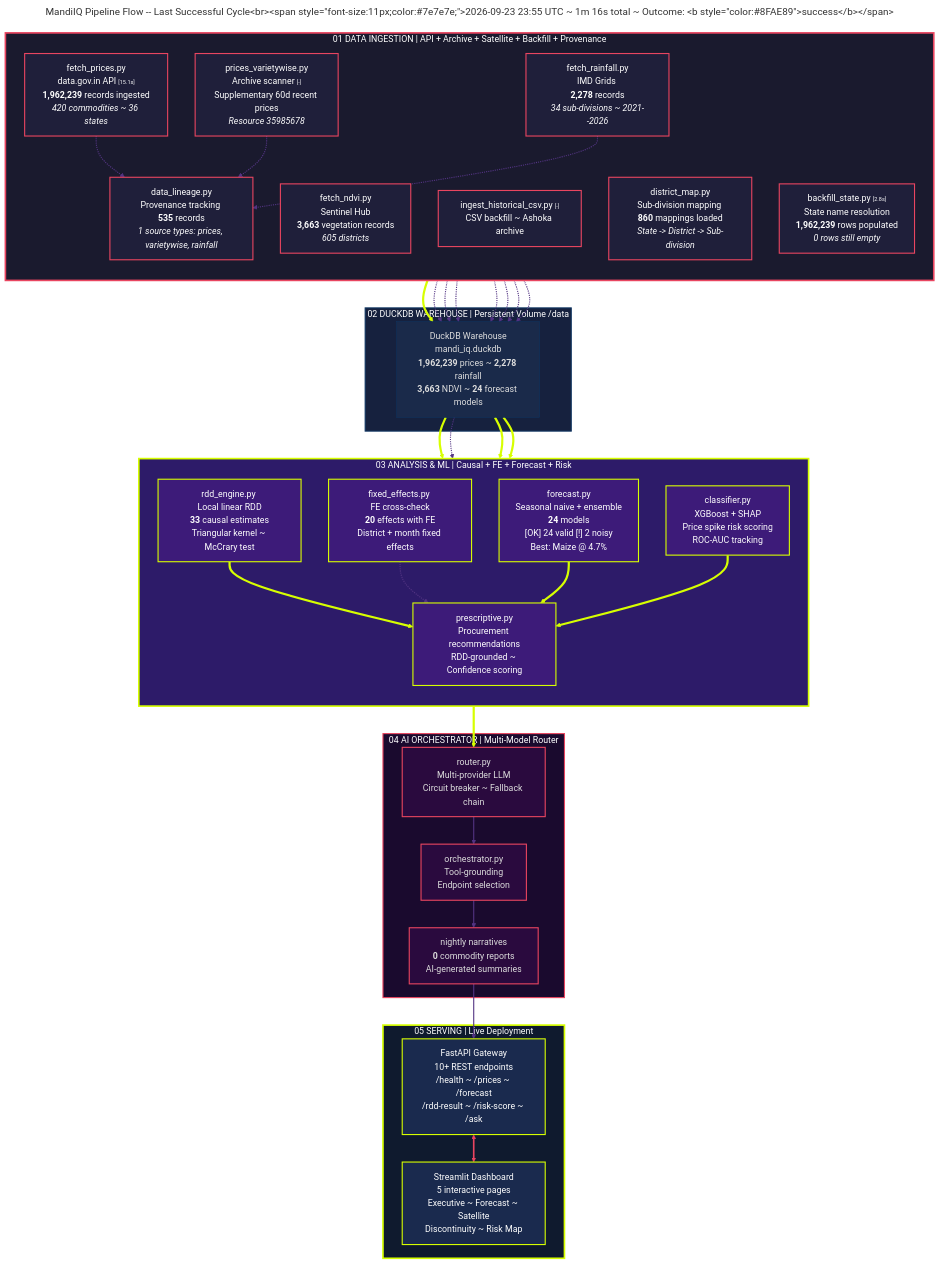
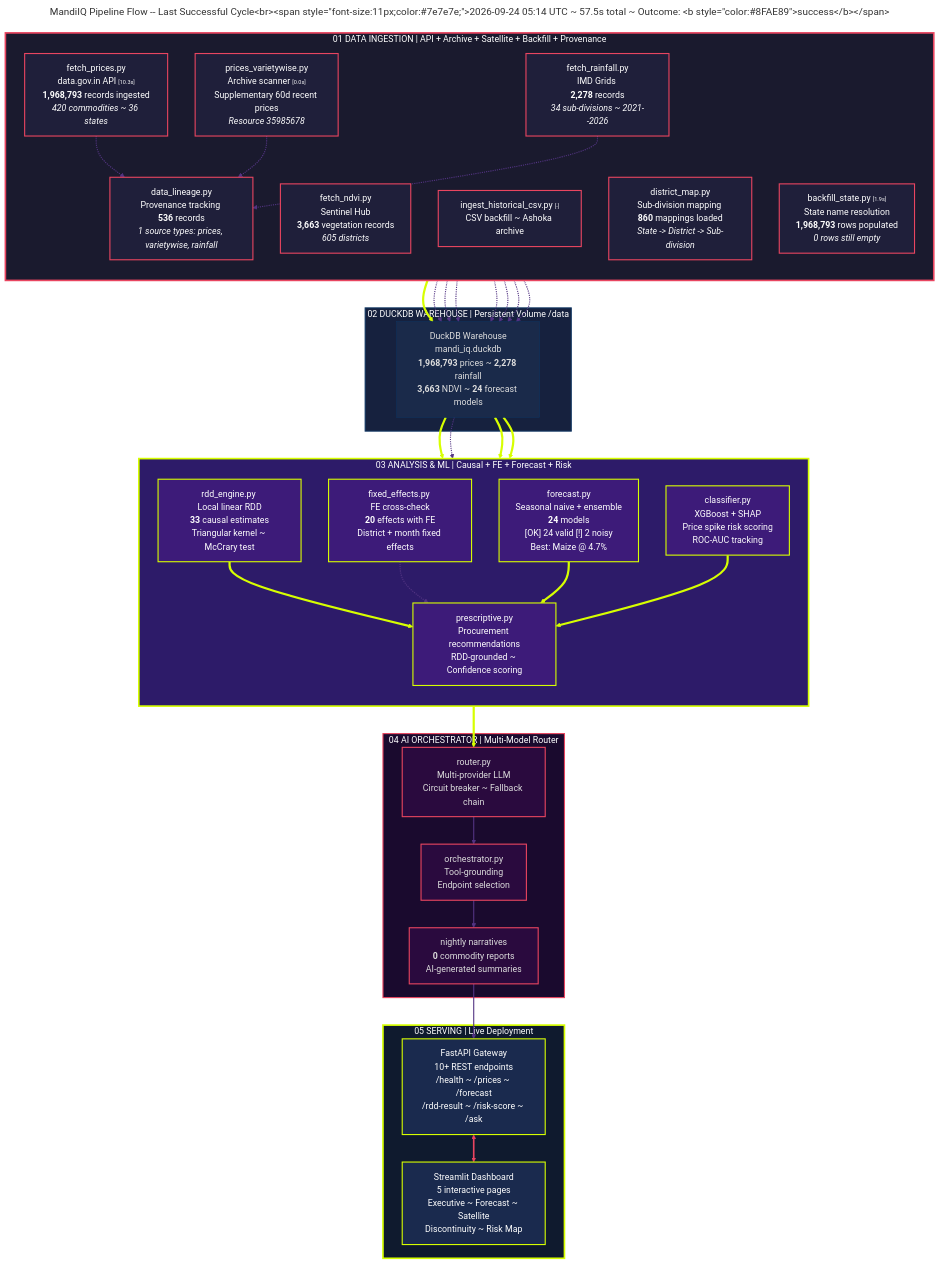
The diagram in diagrams/pipeline-flow-live.mmd (flawsom/test-mandi), drawn with Mermaid before and after one commit. The commit also changed 6 other files, not shown here.

```diff
--- a/diagrams/pipeline-flow-live.mmd
+++ b/diagrams/pipeline-flow-live.mmd
@@ -1,139 +1,139 @@
 ---
-title: "MandiIQ Pipeline Flow -- Last Successful Cycle<br/><span style='font-size:11px;color:#7e7e7e;'>2026-09-23 23:55 UTC ~ 1m 16s total ~ Outcome: <b style='color:#8FAE89'>success</b></span>"
+title: "MandiIQ Pipeline Flow -- Last Successful Cycle<br/><span style='font-size:11px;color:#7e7e7e;'>2026-09-24 05:14 UTC ~ 57.5s total ~ Outcome: <b style='color:#8FAE89'>success</b></span>"
 ---
 %%{init: {
   "theme": "dark",
   "themeVariables": {
     "primaryColor": "#1a1a2e",
     "primaryTextColor": "#ffffff",
     "primaryBorderColor": "#d7ff00",
     "lineColor": "#d7ff00",
     "secondaryColor": "#16213e",
     "tertiaryColor": "#0f3460",
     "mainBkg": "#0d0d1a",
     "nodeBorder": "#533483",
     "clusterBkg": "#0a0a12",
     "clusterBorder": "#2a2a4a",
     "titleColor": "#d7ff00",
     "edgeLabelBackground": "#0d0d1a",
     "nodeTextColor": "#ffffff",
     "fontFamily": "\"Space Grotesk\", \"Inter\", sans-serif"
   },
   "flowchart": {
     "useMaxWidth": true,
     "htmlLabels": true,
     "curve": "basis",
     "padding": 20
   }
 }%%
 flowchart TD
     %% Stage 1: DATA INGESTION
     subgraph S1["01 DATA INGESTION  | API + Archive + Satellite + Backfill + Provenance"]
         direction TB
-        A1["fetch_prices.py<br/>data.gov.in API <span style='color:#7e7e7e;font-size:10px;'>[15.1s]</span><br/><b>1,962,239</b> records ingested<br/><i>420 commodities ~ 36 states</i>"]
-        A2["prices_varietywise.py<br/>Archive scanner <span style='color:#7e7e7e;font-size:10px;'>[-]</span><br/>Supplementary 60d recent prices<br/><i>Resource 35985678</i>"]
+        A1["fetch_prices.py<br/>data.gov.in API <span style='color:#7e7e7e;font-size:10px;'>[10.3s]</span><br/><b>1,968,793</b> records ingested<br/><i>420 commodities ~ 36 states</i>"]
+        A2["prices_varietywise.py<br/>Archive scanner <span style='color:#7e7e7e;font-size:10px;'>[0.0s]</span><br/>Supplementary 60d recent prices<br/><i>Resource 35985678</i>"]
         A3["fetch_rainfall.py<br/>IMD Grids <br/><b>2,278</b> records<br/><i>34 sub-divisions ~ 2021--2026</i>"]
         A4["fetch_ndvi.py<br/>Sentinel Hub <br/><b>3,663</b> vegetation records<br/><i>605 districts</i>"]
         A5["ingest_historical_csv.py <span style='color:#7e7e7e;font-size:10px;'>[-]</span><br/>CSV backfill ~ Ashoka archive"]
         A6["district_map.py<br/>Sub-division mapping <br/><b>860</b> mappings loaded<br/><i>State -> District -> Sub-division</i>"]
-        A7["backfill_state.py <span style='color:#7e7e7e;font-size:10px;'>[2.8s]</span><br/>State name resolution<br/><b>1,962,239</b> rows populated<br/><i>0 rows still empty</i>"]
-        A8["data_lineage.py<br/>Provenance tracking <br/><b>535</b> records<br/><i>1 source types: prices, varietywise, rainfall</i>"]
+        A7["backfill_state.py <span style='color:#7e7e7e;font-size:10px;'>[1.9s]</span><br/>State name resolution<br/><b>1,968,793</b> rows populated<br/><i>0 rows still empty</i>"]
+        A8["data_lineage.py<br/>Provenance tracking <br/><b>536</b> records<br/><i>1 source types: prices, varietywise, rainfall</i>"]
     end
 
     %% Stage 2: DUCKDB WAREHOUSE
     subgraph S2["02 DUCKDB WAREHOUSE  | Persistent Volume /data"]
-        B1["DuckDB Warehouse<br/>mandi_iq.duckdb<br/><b>1,962,239</b> prices ~ <b>2,278</b> rainfall<br/><b>3,663</b> NDVI ~ <b>24</b> forecast models"]
+        B1["DuckDB Warehouse<br/>mandi_iq.duckdb<br/><b>1,968,793</b> prices ~ <b>2,278</b> rainfall<br/><b>3,663</b> NDVI ~ <b>24</b> forecast models"]
     end
 
     %% Stage 3: ANALYSIS & ML
     subgraph S3["03 ANALYSIS & ML  | Causal + FE + Forecast + Risk"]
         direction TB
         C1["rdd_engine.py <br/>Local linear RDD<br/><b>33</b> causal estimates<br/>Triangular kernel ~ McCrary test"]
         C2["fixed_effects.py <br/>FE cross-check<br/><b>20</b> effects with FE<br/>District + month fixed effects"]
         C3["forecast.py <br/>Seasonal naive + ensemble<br/><b>24</b> models<br/><span style='color:#8FAE89'>[OK] 24 valid</span> <span style='color:#D9663B'>[!] 2 noisy</span><br/>Best: Maize @ 4.7%"]
         C4["classifier.py <br/>XGBoost + SHAP<br/>Price spike risk scoring<br/>ROC-AUC tracking"]
         C5["prescriptive.py<br/>Procurement recommendations<br/>RDD-grounded ~ Confidence scoring"]
     end
 
     %% Stage 4: AI ORCHESTRATOR
     subgraph S4["04 AI ORCHESTRATOR  | Multi-Model Router"]
         D1["router.py<br/>Multi-provider LLM<br/>Circuit breaker ~ Fallback chain"]
         D2["orchestrator.py<br/>Tool-grounding<br/>Endpoint selection"]
         D3["nightly narratives<br/><b>0</b> commodity reports<br/>AI-generated summaries"]
     end
 
     %% Stage 5: SERVING
     subgraph S5["05 SERVING  | Live Deployment"]
         E1["FastAPI Gateway<br/>10+ REST endpoints<br/>/health ~ /prices ~ /forecast<br/>/rdd-result ~ /risk-score ~ /ask"]
         E2["Streamlit Dashboard<br/>5 interactive pages<br/>Executive ~ Forecast ~ Satellite<br/>Discontinuity ~ Risk Map"]
     end
 
     %% Main flow: ingestion -> warehouse
     A1 ==> B1
     A2 -.-> B1
     A3 -.-> B1
     A4 -.-> B1
     A5 -.-> B1
     A6 -.-> B1
     A7 -.-> B1
 
     %% Main flow: ingestion -> provenance tracking
     A1 -.-> A8
     A2 -.-> A8
     A3 -.-> A8
     A8 -.-> B1
 
     %% Main flow: warehouse -> analysis
     B1 ==> C1
     B1 -.-> C2
     B1 ==> C3
     B1 ==> C4
 
     %% Main flow: analysis -> prescriptive -> AI
     C1 ==> C5
     C2 -.-> C5
     C3 ==> C5
     C4 ==> C5
 
     C5 ==> D1
     D1 ==> D2
     D2 ==> D3
     D3 ==> E1
 
     E1 <==> E2
 
     %% Edge styling: thick = primary path
     linkStyle 0,11,13,14,15,17,18,19 stroke-width:4px,stroke:#d7ff00,fill:none
     linkStyle 1,2,3,4,5,6,7,8,9,10,12,16,20,21,22 stroke-width:2px,stroke:#533483,fill:none
     linkStyle 23 stroke-width:3px,stroke:#e94560,fill:none
 
     %% Stage classes
     classDef stage1 fill:#1a1a2e,stroke:#e94560,stroke-width:3px,color:#fff
     classDef stage1Node fill:#1f1f3a,stroke:#e94560,stroke-width:2px,color:#fff
 
     classDef stage2 fill:#16213e,stroke:#0f3460,stroke-width:2px,color:#fff
     classDef stage2Node fill:#1a2a4a,stroke:#0f3460,stroke-width:1px,color:#ddd
 
     classDef stage3 fill:#2d1b69,stroke:#d7ff00,stroke-width:3px,color:#fff
     classDef stage3Node fill:#3d1b79,stroke:#d7ff00,stroke-width:2px,color:#fff
 
     classDef stage4 fill:#1a0a2e,stroke:#e94560,stroke-width:2px,color:#fff
     classDef stage4Node fill:#2a0a3e,stroke:#e94560,stroke-width:2px,color:#ddd
 
     classDef stage5 fill:#0f1a2e,stroke:#d7ff00,stroke-width:3px,color:#fff
     classDef stage5Node fill:#1a2a4e,stroke:#d7ff00,stroke-width:2px,color:#fff
 
     class S1 stage1
     class A1,A2,A3,A4,A5,A6,A7,A8 stage1Node
 
     class S2 stage2
     class B1 stage2Node
 
     class S3 stage3
     class C1,C2,C3,C4,C5 stage3Node
 
     class S4 stage4
     class D1,D2,D3 stage4Node
 
     class S5 stage5
     class E1,E2 stage5Node
```
